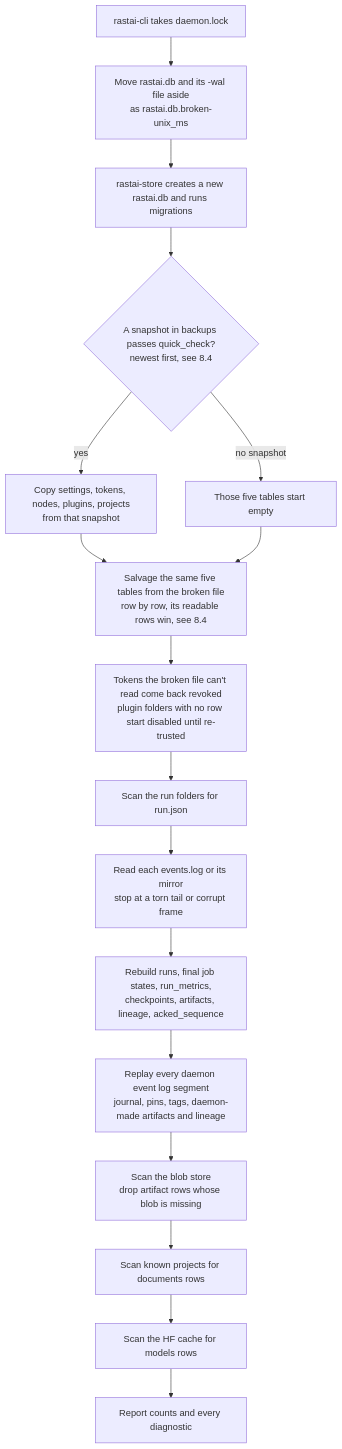
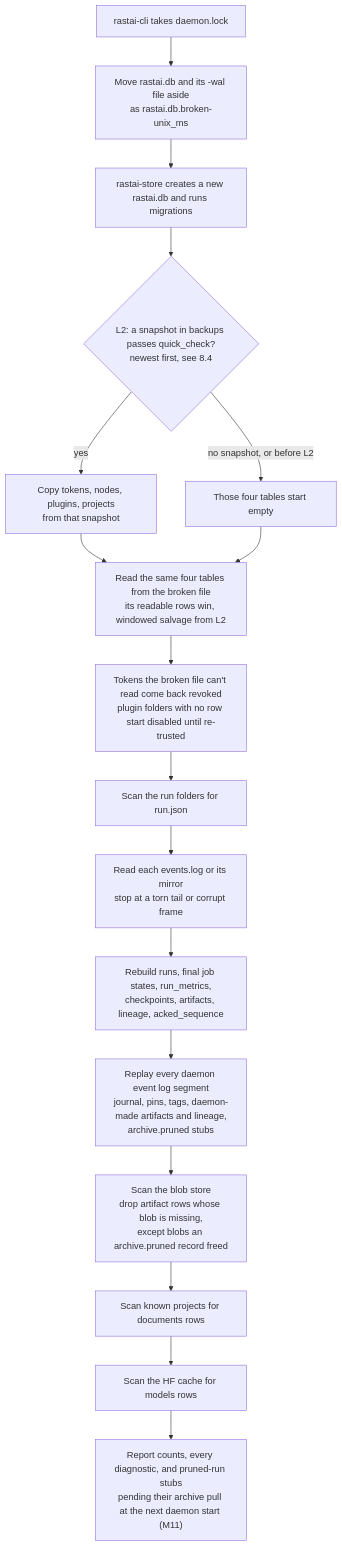
One commit to Snubiss/RASTAI-Research-Studio changed diagram 28 of 55 in docs/architecture/flows/platform.md. Above: the diagram before and after it, drawn with Mermaid. The commit also changed other lines of this file and 44 other files, not shown here.

````diff
--- a/docs/architecture/flows/platform.md
+++ b/docs/architecture/flows/platform.md
@@ -1306,19 +1343,19 @@
 ```mermaid
 flowchart TD
   A["rastai-cli takes daemon.lock"] --> B["Move rastai.db and its -wal file aside<br/>as rastai.db.broken-unix_ms"]
   B --> C["rastai-store creates a new rastai.db and runs migrations"]
-  C --> D{"A snapshot in backups passes quick_check?<br/>newest first, see 8.4"}
-  D -->|"yes"| E["Copy settings, tokens, nodes, plugins, projects<br/>from that snapshot"]
-  D -->|"no snapshot"| F["Those five tables start empty"]
-  E --> SAL["Salvage the same five tables from the broken file<br/>row by row, its readable rows win, see 8.4"]
+  C --> D{"L2: a snapshot in backups passes quick_check?<br/>newest first, see 8.4"}
+  D -->|"yes"| E["Copy tokens, nodes, plugins, projects<br/>from that snapshot"]
+  D -->|"no snapshot, or before L2"| F["Those four tables start empty"]
+  E --> SAL["Read the same four tables from the broken file<br/>its readable rows win, windowed salvage from L2"]
   F --> SAL
   SAL --> TOK["Tokens the broken file can't read come back revoked<br/>plugin folders with no row start disabled until re-trusted"]
   TOK --> G["Scan the run folders for run.json"]
   G --> H["Read each events.log or its mirror<br/>stop at a torn tail or corrupt frame"]
   H --> I["Rebuild runs, final job states, run_metrics,<br/>checkpoints, artifacts, lineage, acked_sequence"]
-  I --> J["Replay every daemon event log segment<br/>journal, pins, tags, daemon-made artifacts and lineage"]
-  J --> K["Scan the blob store<br/>drop artifact rows whose blob is missing"]
+  I --> J["Replay every daemon event log segment<br/>journal, pins, tags, daemon-made artifacts and lineage,<br/>archive.pruned stubs"]
+  J --> K["Scan the blob store<br/>drop artifact rows whose blob is missing,<br/>except blobs an archive.pruned record freed"]
   K --> L["Scan known projects for documents rows"]
   L --> M["Scan the HF cache for models rows"]
-  M --> N["Report counts and every diagnostic"]
+  M --> N["Report counts, every diagnostic, and pruned-run stubs<br/>pending their archive pull at the next daemon start (M11)"]
 ```
````
